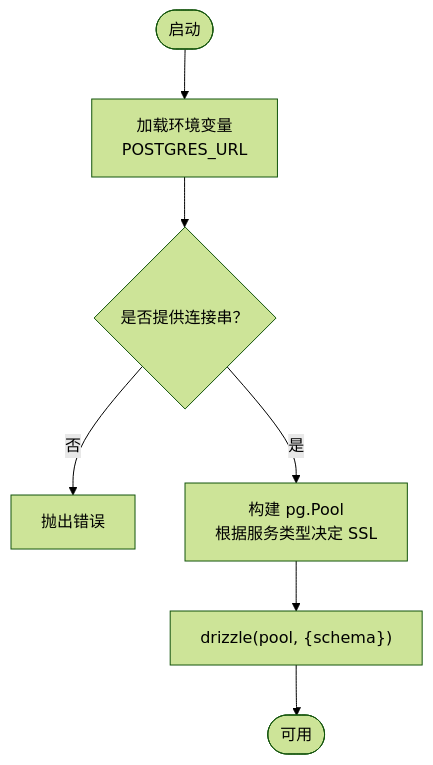
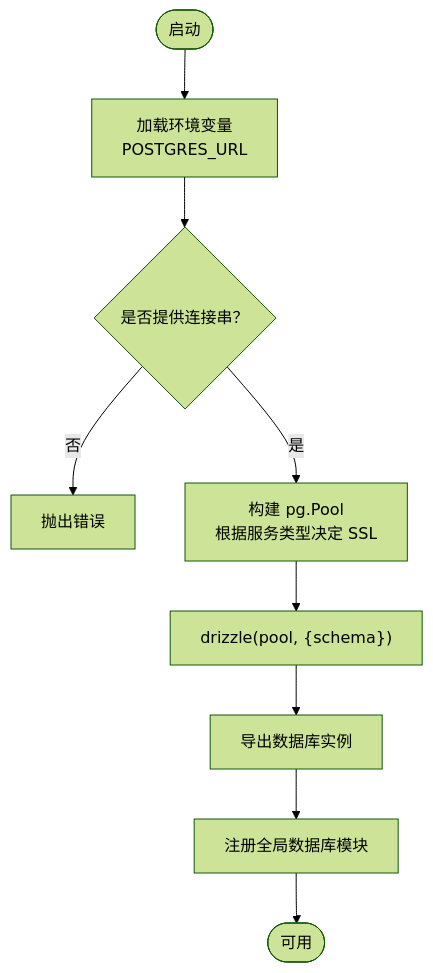
One commit to HAOFUYANG/nextjs-admin changed the third of 6 diagrams in .qoder/repowiki/zh/content/数据库集成/数据库集成.md. Above: the diagram before and after it, drawn with Mermaid (forest theme). The commit also changed other lines of this file and 36 other files, not shown here.

````diff
--- a/.qoder/repowiki/zh/content/数据库集成/数据库集成.md
+++ b/.qoder/repowiki/zh/content/数据库集成/数据库集成.md
@@ -148,9 +205,11 @@
 ```mermaid
 flowchart TD
 Start(["启动"]) --> LoadEnv["加载环境变量<br/>POSTGRES_URL"]
 LoadEnv --> CheckURL{"是否提供连接串？"}
 CheckURL --> |否| ThrowErr["抛出错误"]
 CheckURL --> |是| BuildPool["构建 pg.Pool<br/>根据服务类型决定 SSL"]
 BuildPool --> InitDrizzle["drizzle(pool, {schema})"]
-InitDrizzle --> Ready(["可用"])
+InitDrizzle --> ExportDb["导出数据库实例"]
+ExportDb --> GlobalModule["注册全局数据库模块"]
+GlobalModule --> Ready(["可用"])
 ```
````
